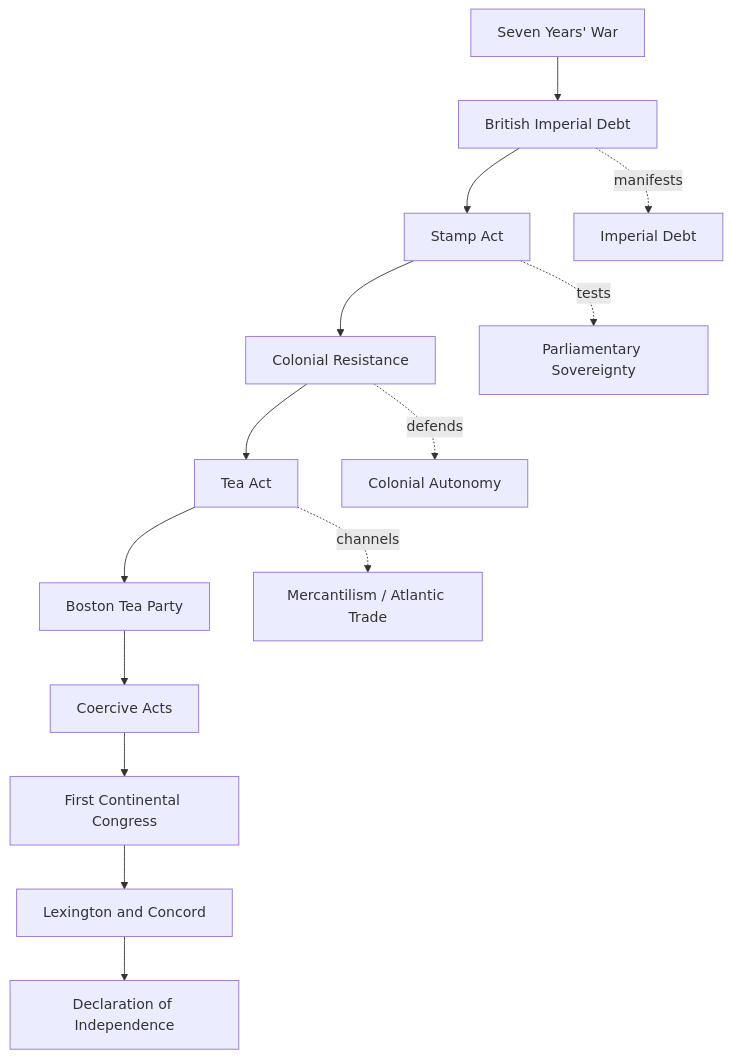
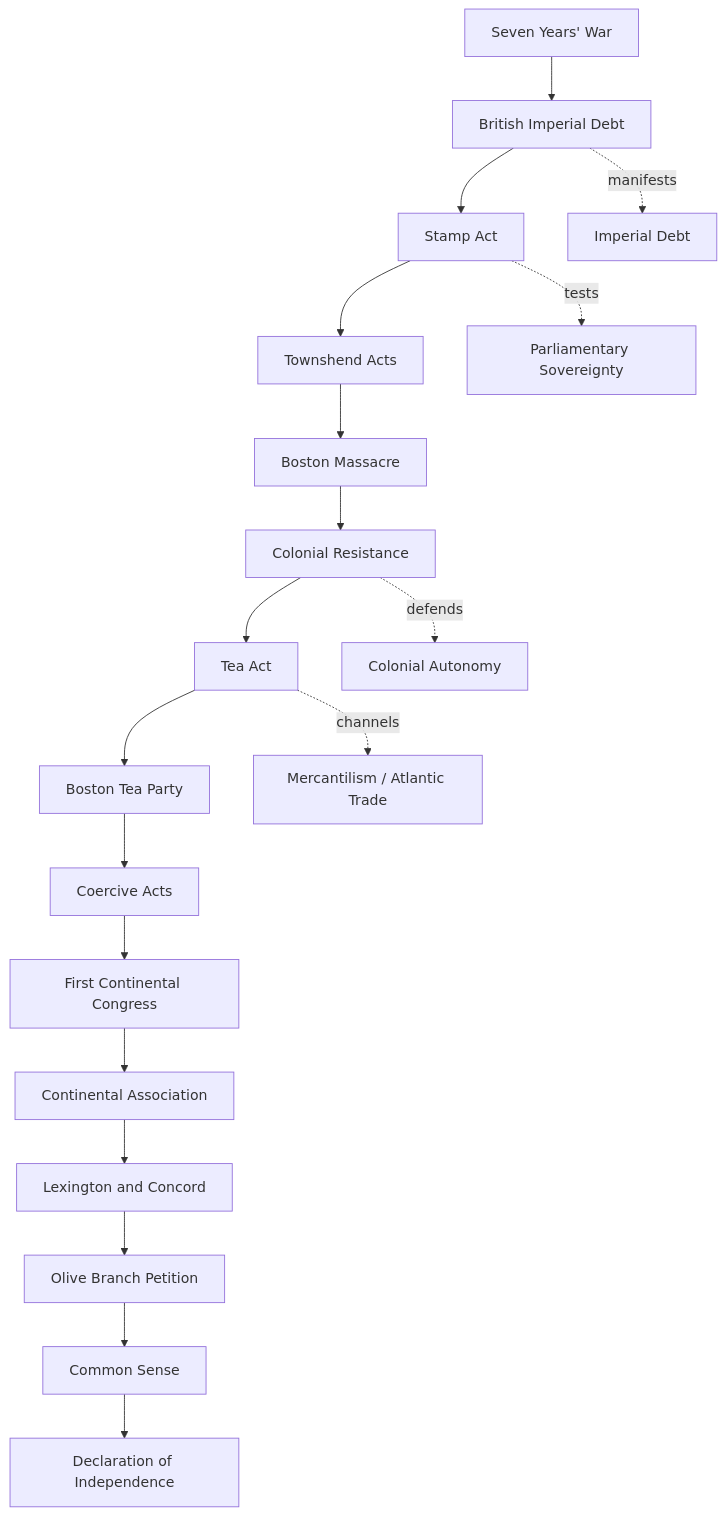
The diagram in 13_Modules/American_Revolution/Causal Chain Map.md (mattblethen/Causal-Atlas), drawn with Mermaid before and after one commit. The commit also changed other lines of this file and 33 other files, not shown here.

````diff
--- a/13_Modules/American_Revolution/Causal Chain Map.md
+++ b/13_Modules/American_Revolution/Causal Chain Map.md
@@ -9,17 +9,22 @@
 ```mermaid
 flowchart TD
     A["Seven Years' War"] --> B["British Imperial Debt"]
     B --> C["Stamp Act"]
-    C --> D["Colonial Resistance"]
-    D --> E["Tea Act"]
-    E --> F["Boston Tea Party"]
-    F --> G["Coercive Acts"]
-    G --> H["First Continental Congress"]
-    H --> I["Lexington and Concord"]
-    I --> J["Declaration of Independence"]
+    C --> D["Townshend Acts"]
+    D --> E["Boston Massacre"]
+    E --> F["Colonial Resistance"]
+    F --> G["Tea Act"]
+    G --> H["Boston Tea Party"]
+    H --> I["Coercive Acts"]
+    I --> J["First Continental Congress"]
+    J --> O["Continental Association"]
+    O --> P["Lexington and Concord"]
+    P --> Q["Olive Branch Petition"]
+    Q --> R["Common Sense"]
+    R --> S["Declaration of Independence"]
 
     B -. manifests .-> K["Imperial Debt"]
     C -. tests .-> L["Parliamentary Sovereignty"]
-    D -. defends .-> M["Colonial Autonomy"]
-    E -. channels .-> N["Mercantilism / Atlantic Trade"]
+    F -. defends .-> M["Colonial Autonomy"]
+    G -. channels .-> N["Mercantilism / Atlantic Trade"]
 ```
````
